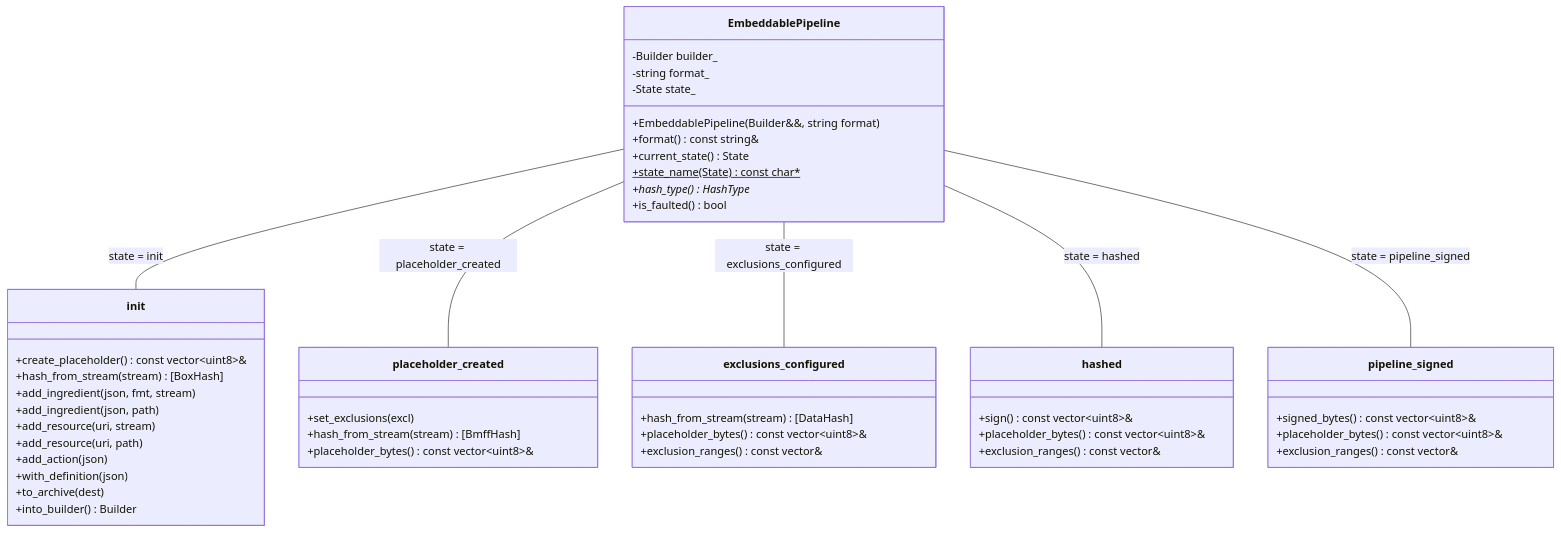
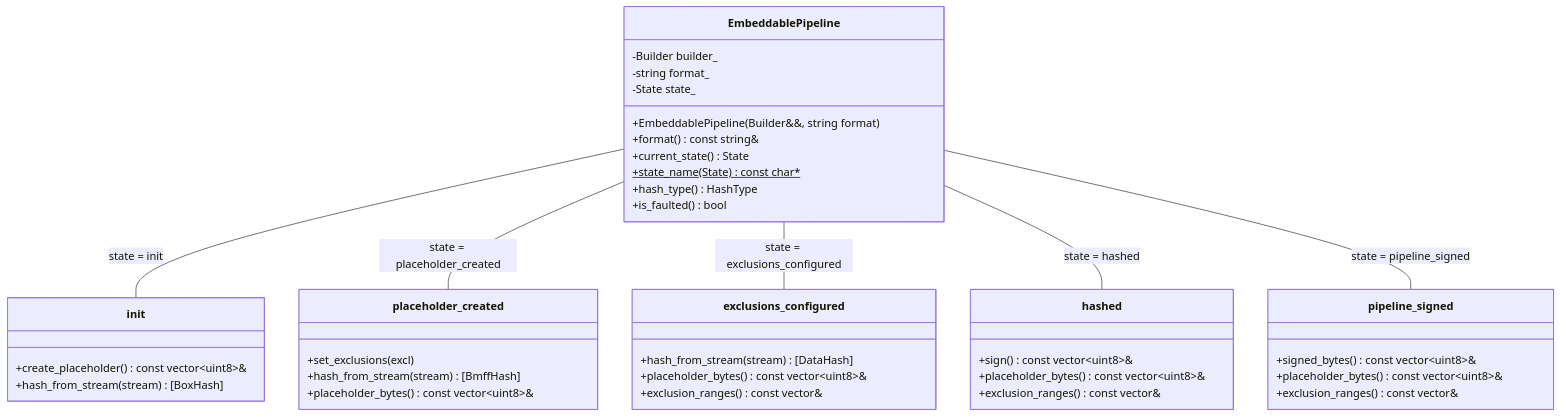
Before and after one commit to contentauth/c2pa-c: the eighth of 8 diagrams in docs/embeddable-api.md, drawn with Mermaid. The commit also changed other lines of this file and 3 other files, not shown here.

````diff
--- a/docs/embeddable-api.md
+++ b/docs/embeddable-api.md
@@ -574,57 +583,49 @@
 ```mermaid
 classDiagram
     class EmbeddablePipeline {
         -Builder builder_
         -string format_
         -State state_
         +EmbeddablePipeline(Builder&&, string format)
         +format() const string&
         +current_state() State
         +state_name(State) const char*$
-        +hash_type() HashType*
+        +hash_type() HashType
         +is_faulted() bool
     }
 
     class init {
         +create_placeholder() const vector~uint8~&
         +hash_from_stream(stream) [BoxHash]
-        +add_ingredient(json, fmt, stream)
-        +add_ingredient(json, path)
-        +add_resource(uri, stream)
-        +add_resource(uri, path)
-        +add_action(json)
-        +with_definition(json)
-        +to_archive(dest)
-        +into_builder() Builder
     }
 
     class placeholder_created {
         +set_exclusions(excl)
         +hash_from_stream(stream) [BmffHash]
         +placeholder_bytes() const vector~uint8~&
     }
 
     class exclusions_configured {
         +hash_from_stream(stream) [DataHash]
         +placeholder_bytes() const vector~uint8~&
         +exclusion_ranges() const vector&
     }
 
     class hashed {
         +sign() const vector~uint8~&
         +placeholder_bytes() const vector~uint8~&
         +exclusion_ranges() const vector&
     }
 
     class pipeline_signed {
         +signed_bytes() const vector~uint8~&
         +placeholder_bytes() const vector~uint8~&
         +exclusion_ranges() const vector&
     }
 
     EmbeddablePipeline -- init : state = init
     EmbeddablePipeline -- placeholder_created : state = placeholder_created
     EmbeddablePipeline -- exclusions_configured : state = exclusions_configured
     EmbeddablePipeline -- hashed : state = hashed
     EmbeddablePipeline -- pipeline_signed : state = pipeline_signed
 ```
````
